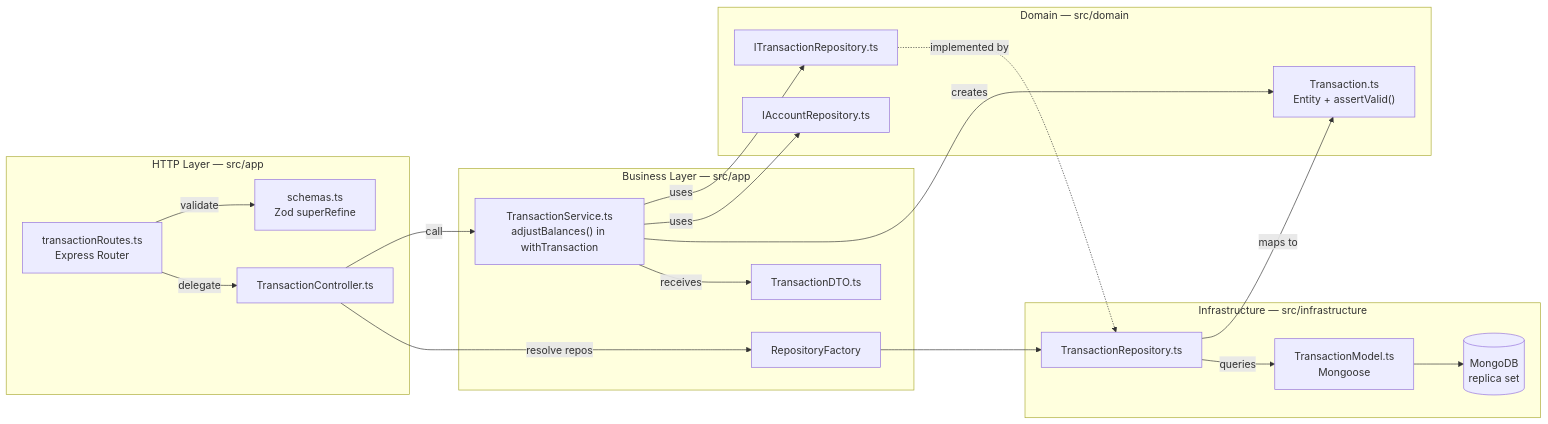
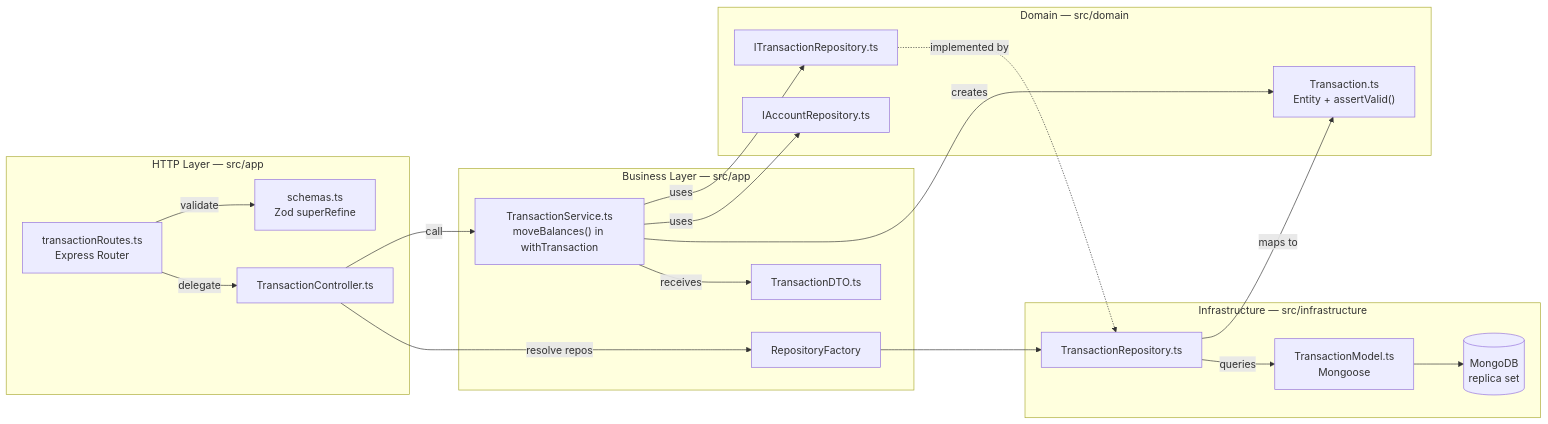
Before and after one commit to alex16jpv/lag-money-manager: the diagram in docs/examples/full-module-walkthrough.md, drawn with Mermaid. The commit also changed other lines of this file and 9 other files, not shown here.

````diff
--- a/docs/examples/full-module-walkthrough.md
+++ b/docs/examples/full-module-walkthrough.md
@@ -814,39 +796,39 @@
 ```mermaid
 graph LR
     subgraph "HTTP Layer — src/app"
         R["transactionRoutes.ts<br/>Express Router"]
         V["schemas.ts<br/>Zod superRefine"]
         C["TransactionController.ts"]
     end
 
     subgraph "Business Layer — src/app"
-        S["TransactionService.ts<br/>adjustBalances() in withTransaction"]
+        S["TransactionService.ts<br/>moveBalances() in withTransaction"]
         DTO["TransactionDTO.ts"]
         F["RepositoryFactory"]
     end
 
     subgraph "Domain — src/domain"
         E["Transaction.ts<br/>Entity + assertValid()"]
         RI["ITransactionRepository.ts"]
         AI["IAccountRepository.ts"]
     end
 
     subgraph "Infrastructure — src/infrastructure"
         RM["TransactionRepository.ts"]
         MM["TransactionModel.ts<br/>Mongoose"]
         DB[("MongoDB<br/>replica set")]
     end
 
     R -->|validate| V
     R -->|delegate| C
     C -->|call| S
     C -->|resolve repos| F
     S -->|uses| RI
     S -->|uses| AI
     S -->|creates| E
     S -->|receives| DTO
     RI -.->|implemented by| RM
     F --> RM
     RM -->|maps to| E
     RM -->|queries| MM --> DB
 ```
````
